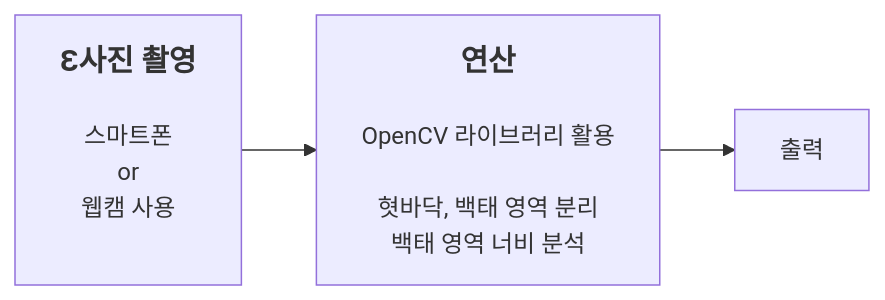
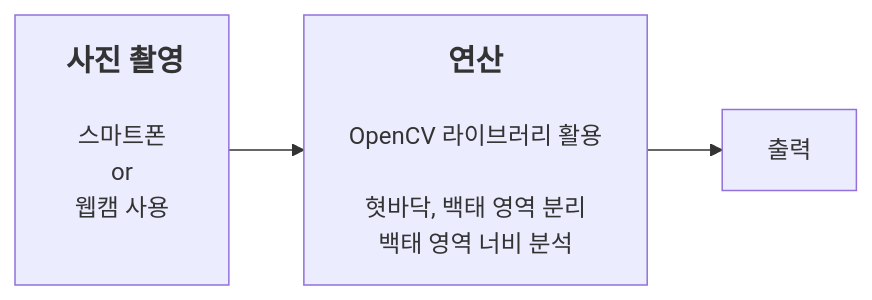
One commit to 201710808/-p changed the diagram in Readme.md. Above: the diagram before and after it, drawn with Mermaid.

````diff
--- a/Readme.md
+++ b/Readme.md
@@ -3,5 +3,5 @@
 ```mermaid
 graph LR
-A[<b><span style='font-size:20px'>&#400;사진 촬영</span></b><br><br>스마트폰\nor\n웹캠 사용<br><br>]-->B[<b><span style='font-size:20px'>연산</span></b><br><br>OpenCV 라이브러리 활용<br><br>혓바닥, 백태 영역 분리<br>백태 영역 너비 분석]
+A[&nbsp;<b><span style='font-size:20px'>사진 촬영</span></b><br><br>스마트폰\nor\n웹캠 사용<br><br>]-->B[<b><span style='font-size:20px'>연산</span></b><br><br>OpenCV 라이브러리 활용<br><br>혓바닥, 백태 영역 분리<br>백태 영역 너비 분석]
 B-->C[출력]
 ```
````
